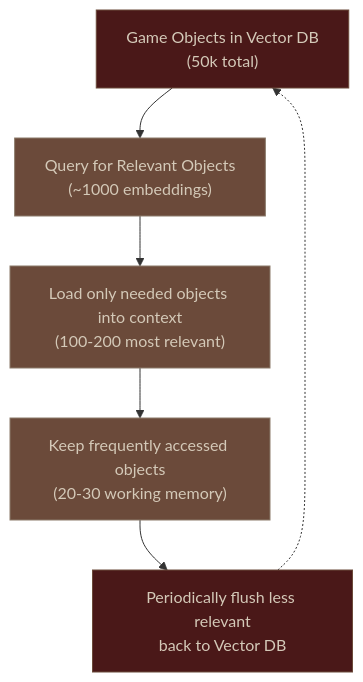
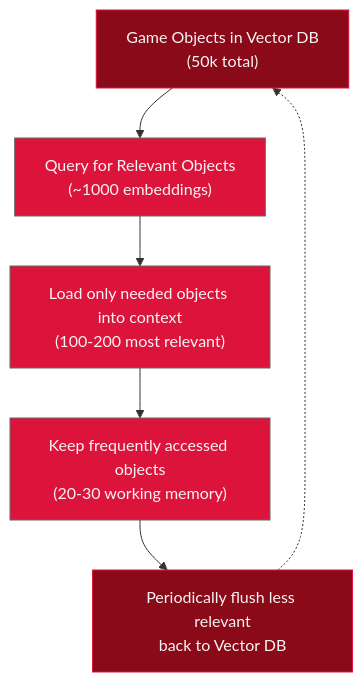
The diagram in docs/concepts/object-tracking.rst (percy-raskova/babylon), drawn with Mermaid before and after one commit. The commit also changed 7 other files, not shown here.

First line of the commit message:
style(docs): replace Necropolis Codex theme with Luxe Gothic palette

```diff
--- a/docs/concepts/object-tracking.rst
+++ b/docs/concepts/object-tracking.rst
@@ -256,15 +256,15 @@
 .. mermaid::
 
    flowchart TB
        A["Game Objects in Vector DB<br/>(50k total)"] --> B["Query for Relevant Objects<br/>(~1000 embeddings)"]
        B --> C["Load only needed objects into context<br/>(100-200 most relevant)"]
        C --> D["Keep frequently accessed objects<br/>(20-30 working memory)"]
        D --> E["Periodically flush less relevant<br/>back to Vector DB"]
        E -.-> A
 
-   %% Necropolis Codex styling
-   classDef storage fill:#4A1818,stroke:#6B4A3A,color:#D4C9B8
-   classDef process fill:#6B4A3A,stroke:#8B7B6B,color:#D4C9B8
+   %% Luxe Gothic styling
+   classDef storage fill:#8B0A1A,stroke:#DC143C,color:#F7F5F3
+   classDef process fill:#DC143C,stroke:#696969,color:#F7F5F3
 
    class A,E storage
    class B,C,D process
```
